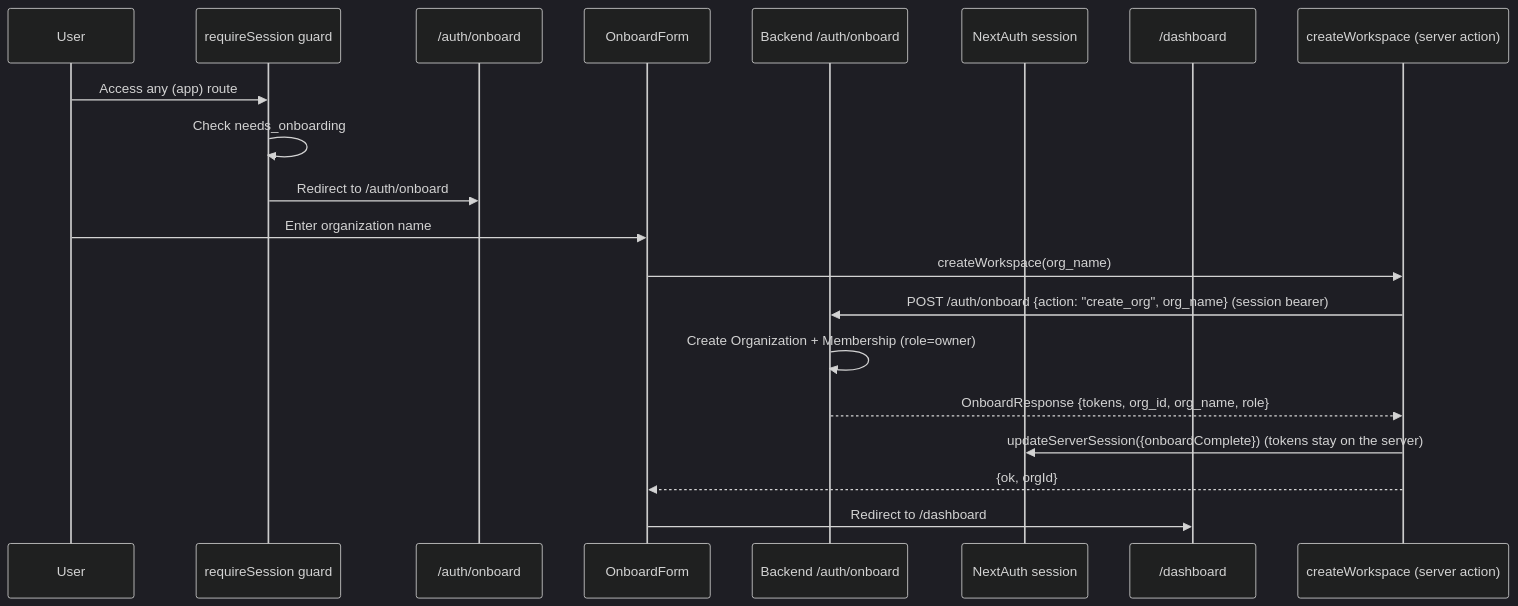
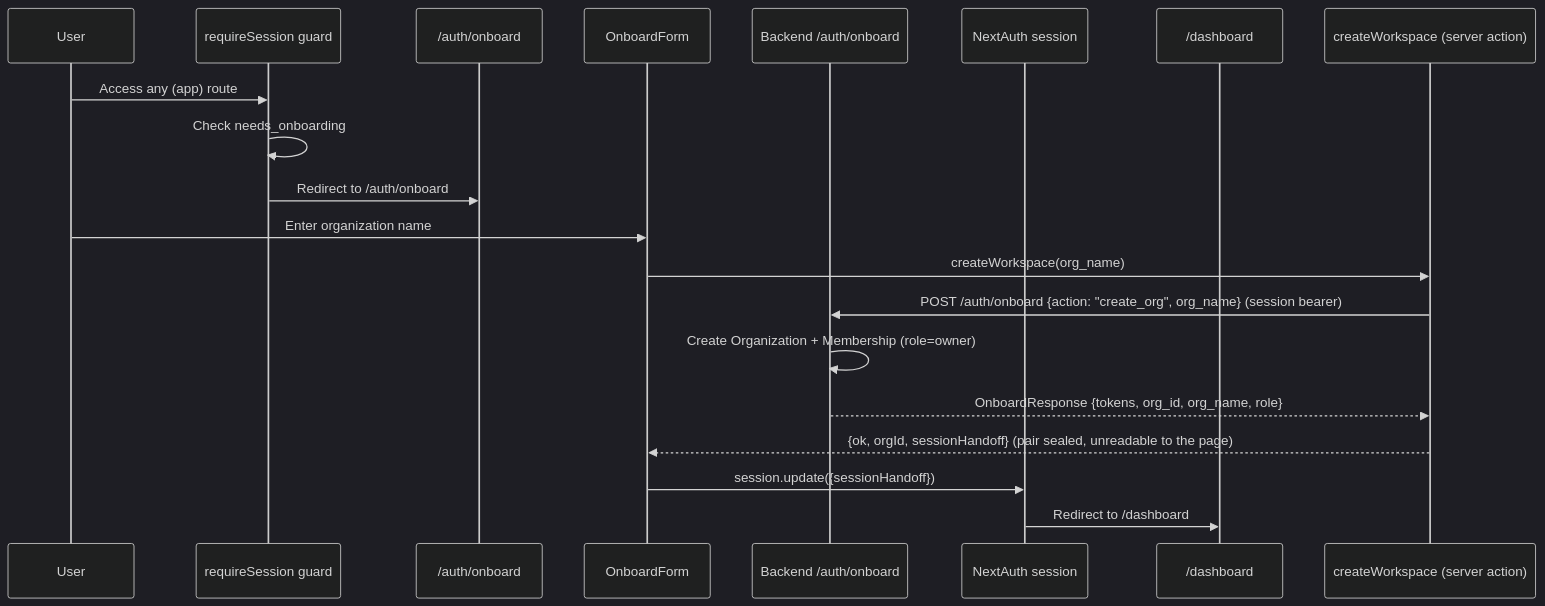
One commit to full-chaos/dev-health-web changed the seventh of 16 diagrams in docs/auth-system.md. Above: the diagram before and after it, drawn with Mermaid (dark theme). The commit also changed other lines of this file and 24 other files, not shown here.

First line of the commit message:
fix(auth): CHAOS-12088 hand the new token pair to update() sealed

````diff
--- a/docs/auth-system.md
+++ b/docs/auth-system.md
@@ -250,24 +260,24 @@
 ```mermaid
 sequenceDiagram
     participant U as User
     participant RS as requireSession guard
     participant O as /auth/onboard
     participant OF as OnboardForm
     participant B as Backend /auth/onboard
     participant S as NextAuth session
     participant D as /dashboard
 
     U->>RS: Access any (app) route
     RS->>RS: Check needs_onboarding
     RS->>O: Redirect to /auth/onboard
     participant A as createWorkspace (server action)
 
     U->>OF: Enter organization name
     OF->>A: createWorkspace(org_name)
     A->>B: POST /auth/onboard {action: "create_org", org_name} (session bearer)
     B->>B: Create Organization + Membership (role=owner)
     B-->>A: OnboardResponse {tokens, org_id, org_name, role}
-    A->>S: updateServerSession({onboardComplete}) (tokens stay on the server)
-    A-->>OF: {ok, orgId}
-    OF->>D: Redirect to /dashboard
+    A-->>OF: {ok, orgId, sessionHandoff} (pair sealed, unreadable to the page)
+    OF->>S: session.update({sessionHandoff})
+    S->>D: Redirect to /dashboard
 ```
````
